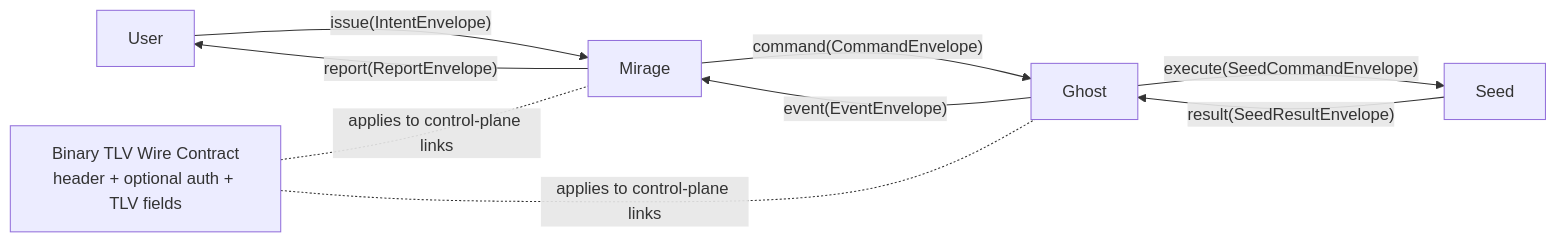
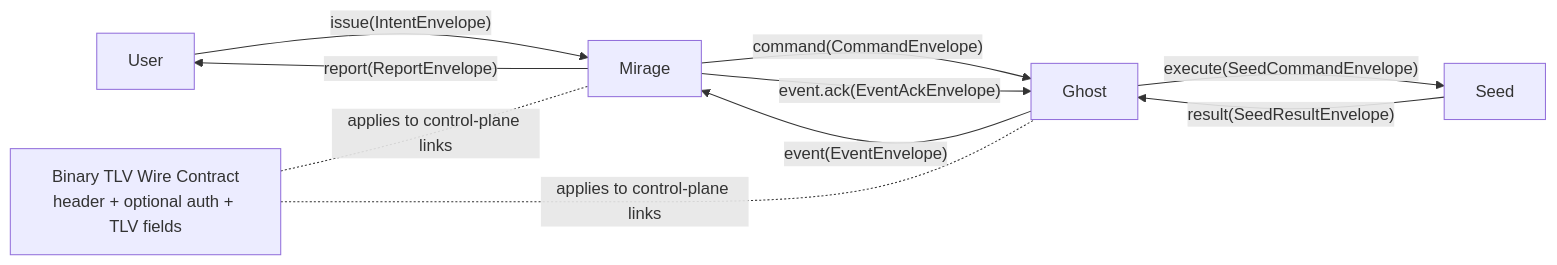
One commit to danmuck/edgectl changed the diagram in docs/architecture/models/proto_interface_boundary.mmd. Above: the diagram before and after it, drawn with Mermaid. The commit also changed 16 other files, not shown here.

```diff
--- a/docs/architecture/models/proto_interface_boundary.mmd
+++ b/docs/architecture/models/proto_interface_boundary.mmd
@@ -1,18 +1,19 @@
 flowchart LR
     U["User"]
     M["Mirage"]
     G["Ghost"]
     S["Seed"]
 
     U -->|"issue(IntentEnvelope)"| M
     M -->|"report(ReportEnvelope)"| U
 
     M -->|"command(CommandEnvelope)"| G
     G -->|"event(EventEnvelope)"| M
+    M -->|"event.ack(EventAckEnvelope)"| G
 
     G -->|"execute(SeedCommandEnvelope)"| S
     S -->|"result(SeedResultEnvelope)"| G
 
     P["Binary TLV Wire Contract<br/>header + optional auth + TLV fields"]
     P -. "applies to control-plane links" .- M
     P -. "applies to control-plane links" .- G
```
